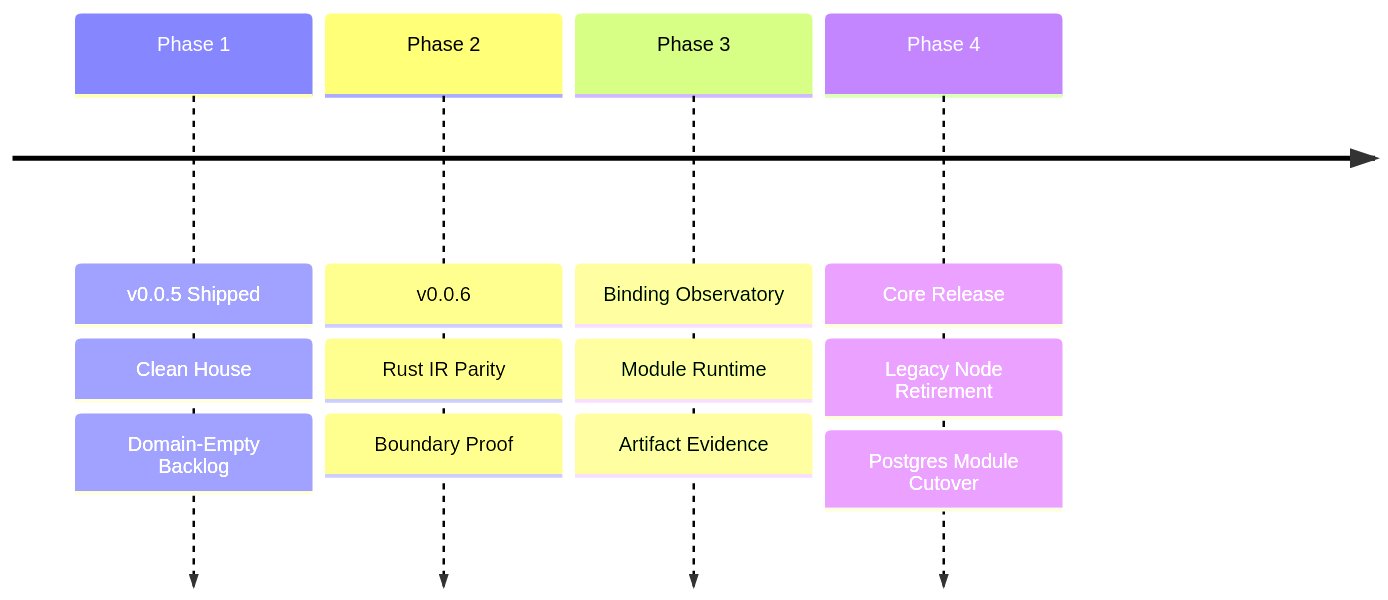
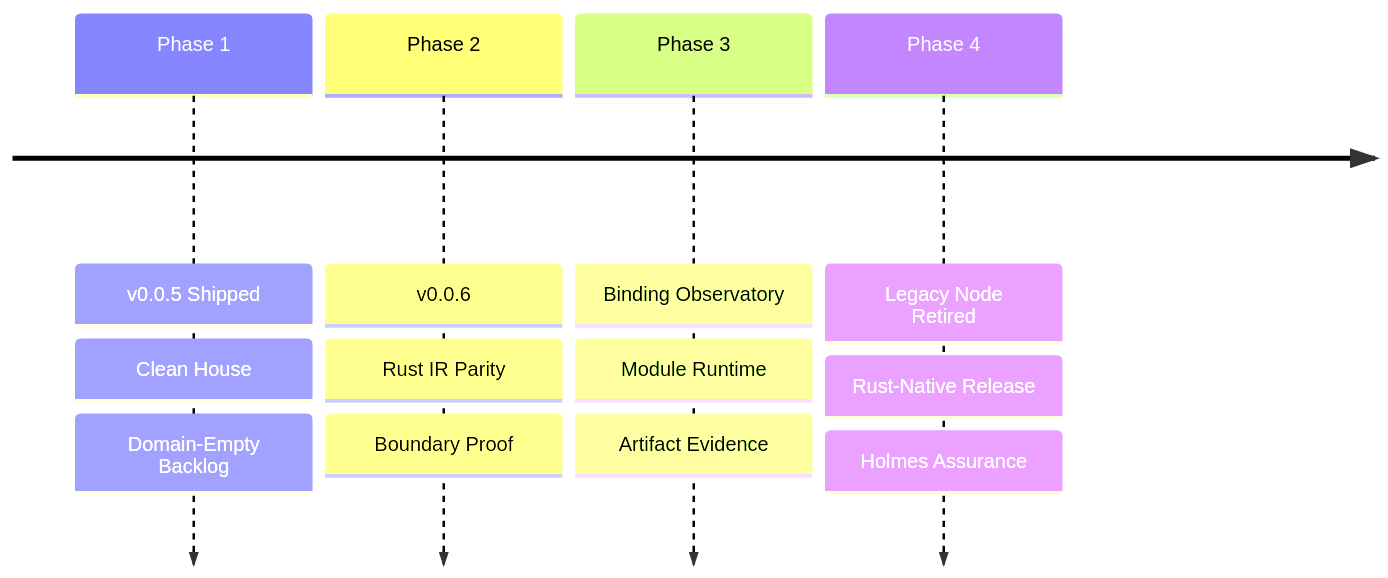
One commit to flyingrobots/wesley changed the diagram in docs/BEARING.md. Above: the diagram before and after it, drawn with Mermaid. The commit also changed other lines of this file and 364 other files, not shown here.

Commit message:
feat(node-retirement): close legacy Node compiler surface

````diff
--- a/docs/BEARING.md
+++ b/docs/BEARING.md
@@ -8,7 +8,7 @@
 ```mermaid
 timeline
     Phase 1 : v0.0.5 Shipped : Clean House : Domain-Empty Backlog
     Phase 2 : v0.0.6 : Rust IR Parity : Boundary Proof
     Phase 3 : Binding Observatory : Module Runtime : Artifact Evidence
-    Phase 4 : Core Release : Legacy Node Retirement : Postgres Module Cutover
+    Phase 4 : Legacy Node Retired : Rust-Native Release : Holmes Assurance
 ```
````
